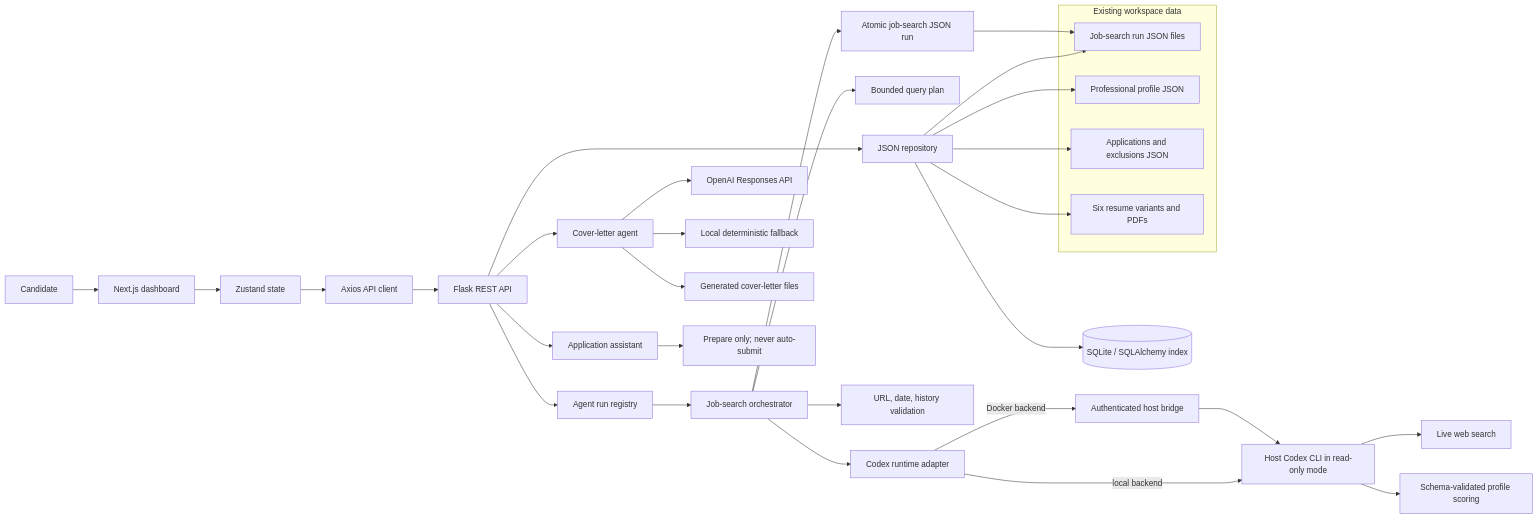
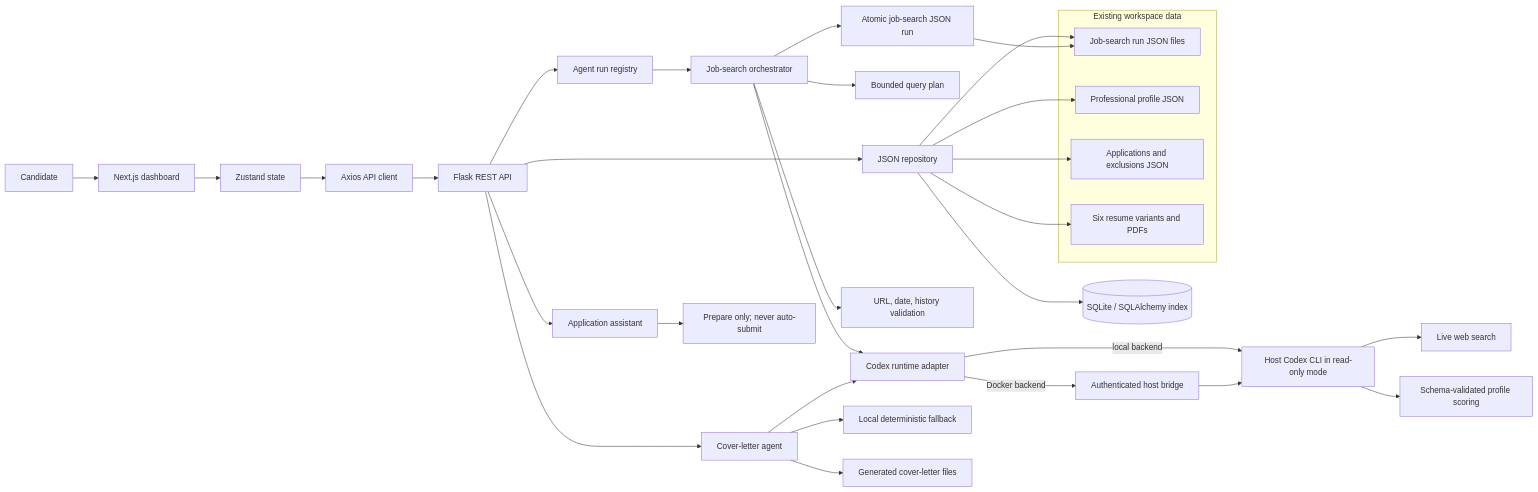
Before and after one commit to rodolrojas/job-search-dashboard: the diagram in docs/architecture.md, drawn with Mermaid. The commit also changed other lines of this file and 8 other files, not shown here.

````diff
--- a/docs/architecture.md
+++ b/docs/architecture.md
@@ -3,41 +3,41 @@
 ```mermaid
 flowchart LR
   User[Candidate] --> UI[Next.js dashboard]
   UI --> Store[Zustand state]
   Store --> Client[Axios API client]
   Client --> API[Flask REST API]
 
   subgraph Data[Existing workspace data]
     Runs[Job-search run JSON files]
     Profile[Professional profile JSON]
     History[Applications and exclusions JSON]
     Resumes[Six resume variants and PDFs]
   end
 
   API --> Repo[JSON repository]
   Repo --> Runs
   Repo --> Profile
   Repo --> History
   Repo --> Resumes
   Repo --> ORM[(SQLite / SQLAlchemy index)]
 
   API --> Runner[Agent run registry]
   Runner --> Agent[Job-search orchestrator]
   Agent --> Plan[Bounded query plan]
   Agent --> Runtime[Codex runtime adapter]
   Runtime -->|local backend| Codex[Host Codex CLI in read-only mode]
   Runtime -->|Docker backend| Bridge[Authenticated host bridge]
   Bridge --> Codex
   Codex --> Web[Live web search]
   Agent --> Validate[URL, date, history validation]
   Codex --> Score[Schema-validated profile scoring]
   Agent --> Persist[Atomic job-search JSON run]
   Persist --> Runs
   API --> Cover[Cover-letter agent]
-  Cover --> Responses[OpenAI Responses API]
+  Cover --> Runtime
   Cover --> Drafts[Local deterministic fallback]
   Cover --> Output[Generated cover-letter files]
 
   Application[Application assistant] --> Guardrail[Prepare only; never auto-submit]
   API --> Application
 ```
````
